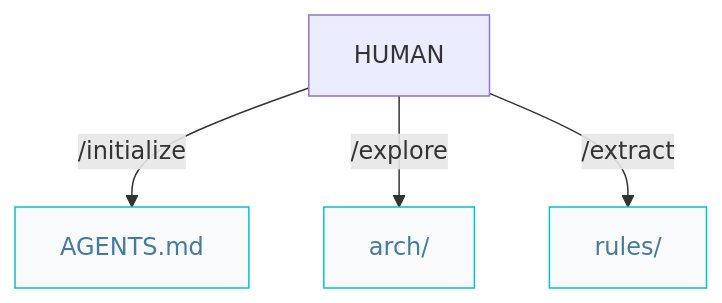
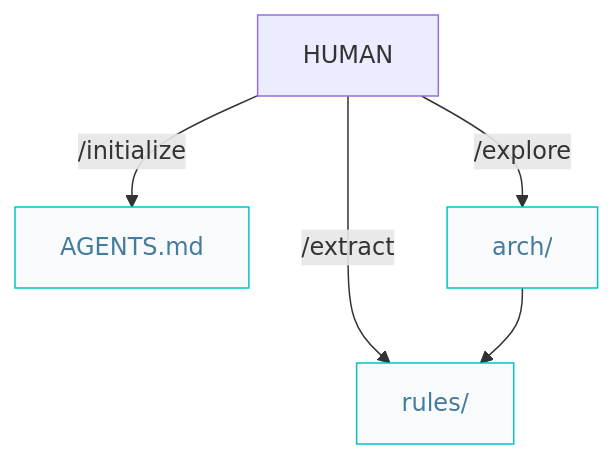
One commit to AIDDbot/AIDDbot changed the second of 2 diagrams in docs/architect.pipelines.md. Above: the diagram before and after it, drawn with Mermaid. The commit also changed other lines of this file and 32 other files, not shown here.

````diff
--- a/docs/architect.pipelines.md
+++ b/docs/architect.pipelines.md
@@ -19,13 +23,14 @@
 ```mermaid
-  flowchart TD  
-    HUM[HUMAN]
-    AGT["AGENTS.md"]:::nd
-    ARC["arch/"]:::nd
-    RUL["rules/"]:::nd
+flowchart TD  
+  HUM[HUMAN]
+  AGT["AGENTS.md"]:::nd
+  ARC["arch/"]:::nd
+  RUL["rules/"]:::nd
 
-    HUM -->|/initialize| AGT
-    HUM -->|/explore| ARC
-    HUM -->|/extract| RUL
+  HUM -->|/initialize| AGT
+  HUM -->|/explore| ARC
+  HUM -->|/extract| RUL
+  ARC --> RUL
 
-    classDef nd fill:#f8fafc,stroke:#00c4cc,color:#457b9d
+  classDef nd fill:#f8fafc,stroke:#00c4cc,color:#457b9d
 ```
````
